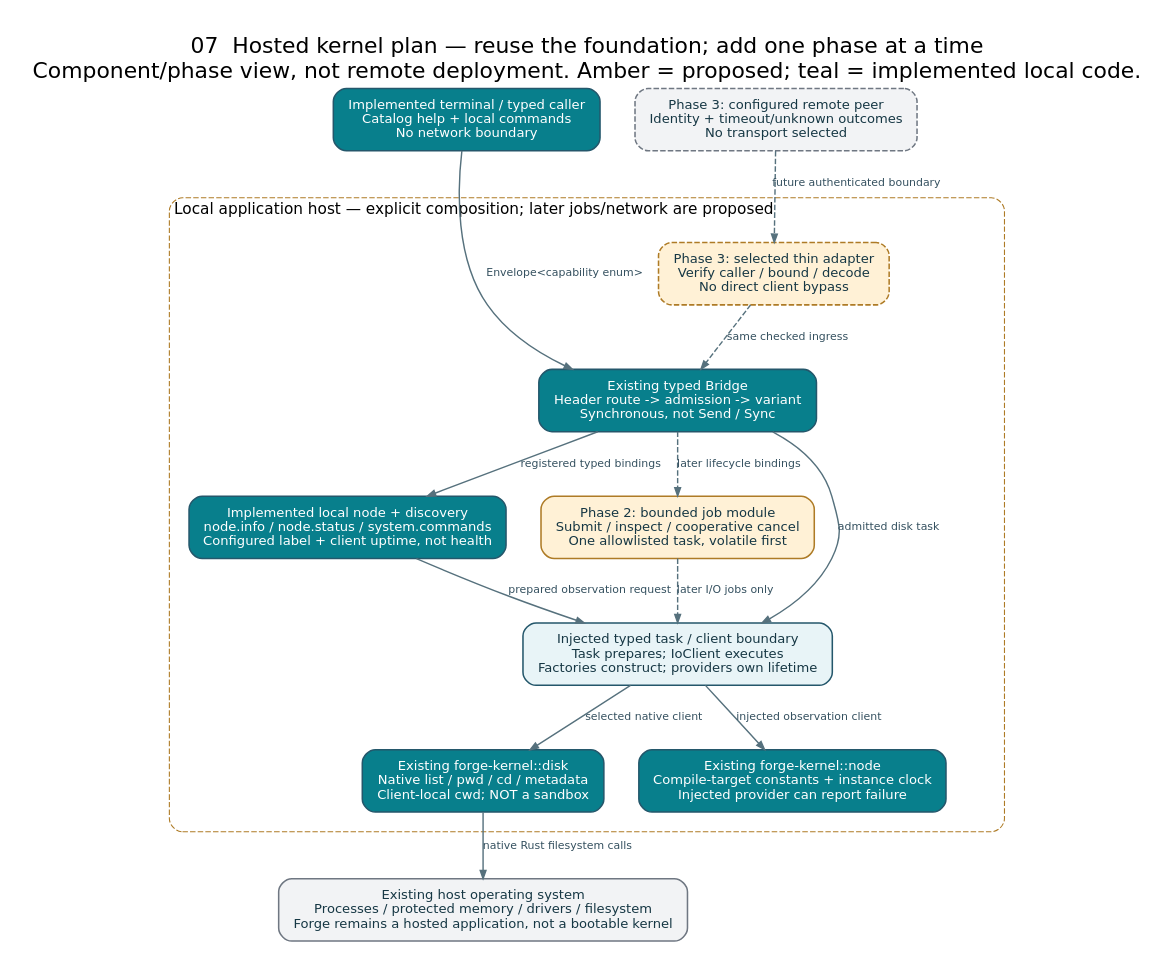
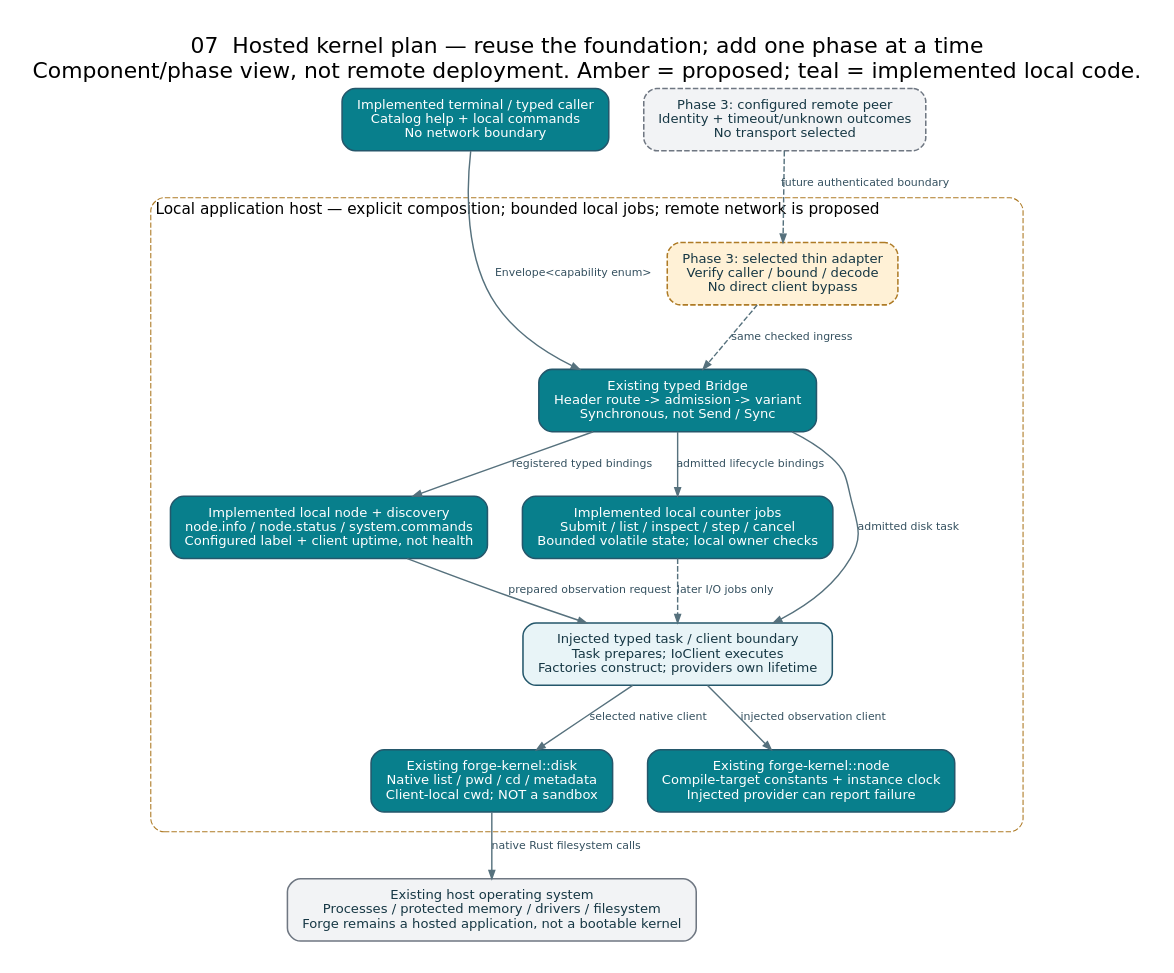
The diagram in docs/architecture/diagrams/07-hosted-kernel-plan.dot (roachmaster/homelab), drawn with Graphviz before and after one commit. The commit also changed 37 other files, not shown here.

Commit message:
Implement bounded local cooperative jobs through typed shared ingress

```diff
--- a/docs/architecture/diagrams/07-hosted-kernel-plan.dot
+++ b/docs/architecture/diagrams/07-hosted-kernel-plan.dot
@@ -1,34 +1,34 @@
 digraph HostedKernelPlan {
   graph [fontname="DejaVu Sans", fontsize=20, labelloc=t, labeljust=l, pad=0.3, nodesep=0.45, ranksep=0.65, bgcolor="white", compound=true];
   node [shape=box, style="rounded,filled", fontname="DejaVu Sans", fontsize=12, margin="0.2,0.13", color="#24576b", fillcolor="#e8f4f7", fontcolor="#163744", penwidth=1.4];
   edge [fontname="DejaVu Sans", fontsize=10, color="#56717d", fontcolor="#34505f", penwidth=1.3, arrowsize=0.75];
   rankdir=TB;
   label="07  Hosted kernel plan — reuse the foundation; add one phase at a time\nComponent/phase view, not remote deployment. Amber = proposed; teal = implemented local code.";
   driver [label="Implemented terminal / typed caller\nCatalog help + local commands\nNo network boundary", fillcolor="#087f8c", fontcolor="white"];
   peer [label="Phase 3: configured remote peer\nIdentity + timeout/unknown outcomes\nNo transport selected", fillcolor="#f2f3f5", color="#6f7782", style="rounded,dashed,filled"];
   subgraph cluster_host {
-    label="Local application host — explicit composition; later jobs/network are proposed";
+    label="Local application host — explicit composition; bounded local jobs; remote network is proposed";
     fontname="DejaVu Sans"; fontsize=14; color="#ae7b26"; style="rounded,dashed"; margin=18;
     adapter [label="Phase 3: selected thin adapter\nVerify caller / bound / decode\nNo direct client bypass", fillcolor="#fff1d6", color="#ae7b26", style="rounded,dashed,filled"];
     bridge [label="Existing typed Bridge\nHeader route -> admission -> variant\nSynchronous, not Send / Sync", fillcolor="#087f8c", fontcolor="white"];
     node_service [label="Implemented local node + discovery\nnode.info / node.status / system.commands\nConfigured label + client uptime, not health", fillcolor="#087f8c", fontcolor="white"];
-    jobs [label="Phase 2: bounded job module\nSubmit / inspect / cooperative cancel\nOne allowlisted task, volatile first", fillcolor="#fff1d6", color="#ae7b26"];
+    jobs [label="Implemented local counter jobs\nSubmit / list / inspect / step / cancel\nBounded volatile state; local owner checks", fillcolor="#087f8c", fontcolor="white"];
     ports [label="Injected typed task / client boundary\nTask prepares; IoClient executes\nFactories construct; providers own lifetime", fillcolor="#e8f4f7"];
     disk [label="Existing forge-kernel::disk\nNative list / pwd / cd / metadata\nClient-local cwd; NOT a sandbox", fillcolor="#087f8c", fontcolor="white"];
     adapter -> bridge [style=dashed, label="same checked ingress"];
     bridge -> node_service [label="registered typed bindings"];
     node_service -> ports [label="prepared observation request"];
-    bridge -> jobs [style=dashed, label="later lifecycle bindings"];
+    bridge -> jobs [label="admitted lifecycle bindings"];
     jobs -> ports [style=dashed, label="later I/O jobs only"];
     ports -> disk [label="selected native client"];
     node_client [label="Existing forge-kernel::node\nCompile-target constants + instance clock\nInjected provider can report failure", fillcolor="#087f8c", fontcolor="white"];
     ports -> node_client [label="injected observation client"];
     bridge -> ports [label="admitted disk task"];
     {rank=same; node_service; jobs;}
   }
   os [label="Existing host operating system\nProcesses / protected memory / drivers / filesystem\nForge remains a hosted application, not a bootable kernel", fillcolor="#f2f3f5", color="#6f7782"];
   driver -> bridge [label="Envelope<capability enum>"];
   peer -> adapter [style=dashed, label="future authenticated boundary"];
   disk -> os [label="native Rust filesystem calls"];
   {rank=same; driver; peer;}
 }
```
